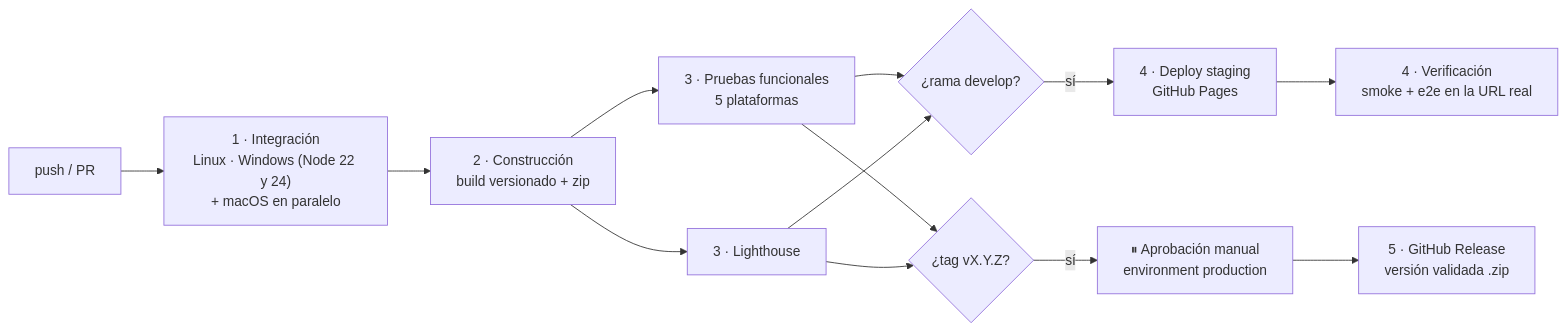
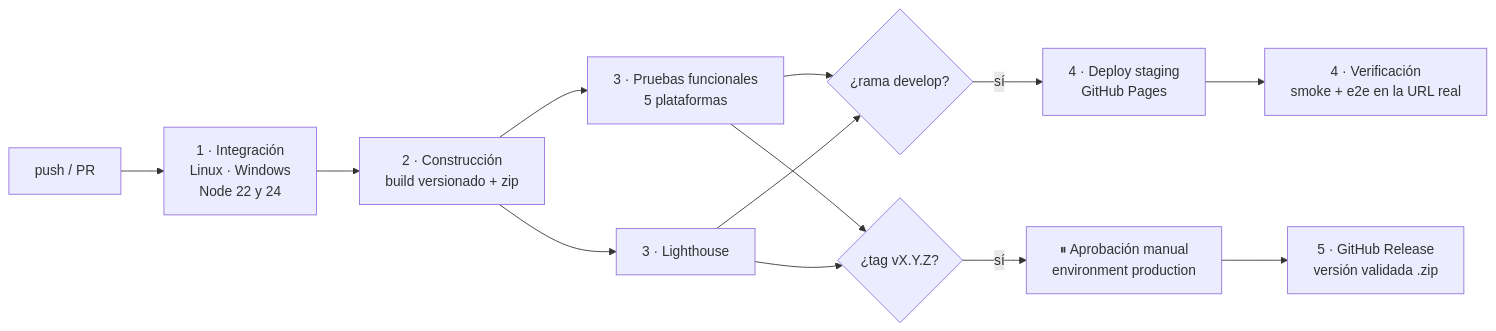
The second of 2 diagrams in docs/INFORME.md (hectorjua28/devops), drawn with Mermaid before and after one commit. The commit also changed other lines of this file and 3 other files, not shown here.

````diff
--- a/docs/INFORME.md
+++ b/docs/INFORME.md
@@ -81,15 +81,15 @@
 ```mermaid
 flowchart LR
-  A[push / PR] --> B["1 · Integración<br/>Linux · Windows (Node 22 y 24)<br/>+ macOS en paralelo"]
+  A[push / PR] --> B["1 · Integración<br/>Linux · Windows<br/>Node 22 y 24"]
   B --> C["2 · Construcción<br/>build versionado + zip"]
   C --> D["3 · Pruebas funcionales<br/>5 plataformas"]
   C --> E["3 · Lighthouse"]
   D --> F{"¿rama develop?"}
   E --> F
   F -- sí --> G["4 · Deploy staging<br/>GitHub Pages"]
   G --> H["4 · Verificación<br/>smoke + e2e en la URL real"]
   D --> I{"¿tag vX.Y.Z?"}
   E --> I
   I -- sí --> J["⏸ Aprobación manual<br/>environment production"]
   J --> K["5 · GitHub Release<br/>versión validada .zip"]
 ```
````
